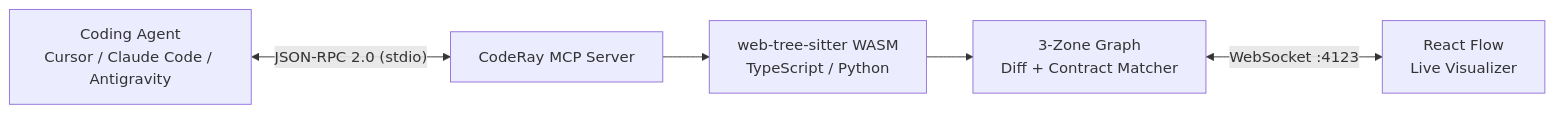
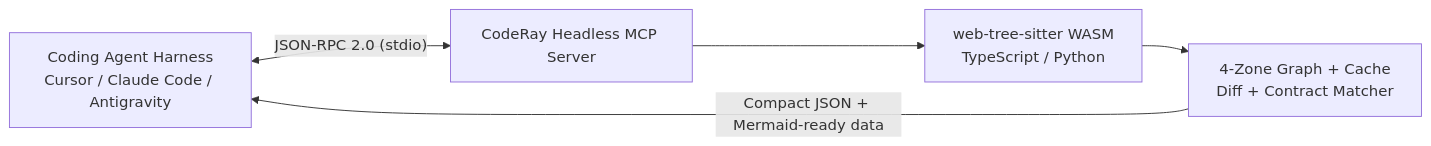
Before and after one commit to Airukua/CodeRay: the first of 2 diagrams in README.md, drawn with Mermaid. The commit also changed other lines of this file, not shown here.

Commit message:
docs(readme): update architecture, tools, and security stack for headless MCP

````diff
--- a/README.md
+++ b/README.md
@@ -106,13 +106,12 @@
 ```mermaid
 flowchart LR
-    Agent["Coding Agent<br/>Cursor / Claude Code / Antigravity"]
-    MCP["CodeRay MCP Server"]
+    Agent["Coding Agent Harness<br/>Cursor / Claude Code / Antigravity"]
+    MCP["CodeRay Headless MCP Server"]
     AST["web-tree-sitter WASM<br/>TypeScript / Python"]
-    Graph["3-Zone Graph<br/>Diff + Contract Matcher"]
-    UI["React Flow<br/>Live Visualizer"]
+    Graph["4-Zone Graph + Cache<br/>Diff + Contract Matcher"]
 
     Agent <-->|"JSON-RPC 2.0 (stdio)"| MCP
     MCP --> AST
     AST --> Graph
-    Graph <-->|"WebSocket :4123"| UI
+    Graph -->|"Compact JSON + Mermaid-ready data"| Agent
 ```
````
